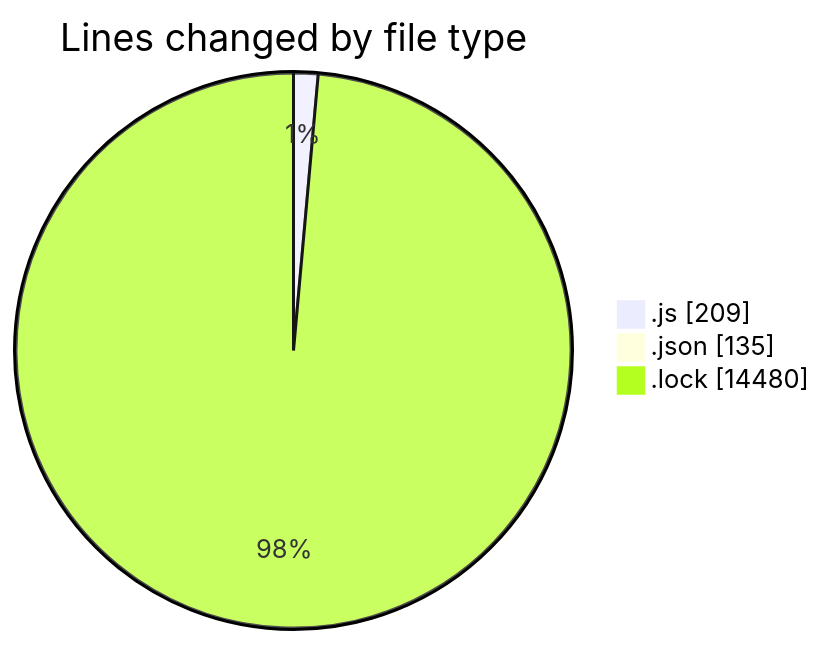
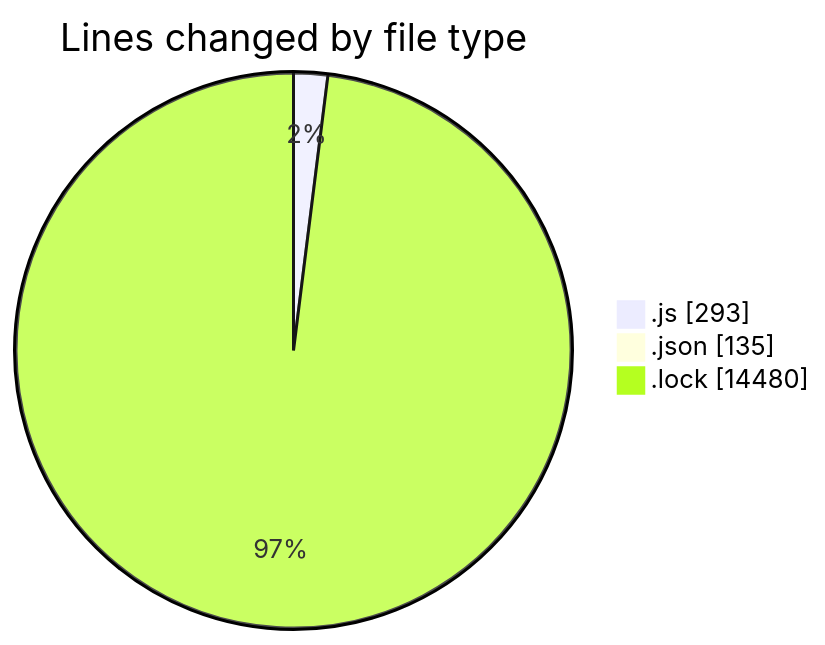
One commit to momahboobian/code-tracking changed the first of 2 diagrams in 2025-12-18/cda/README.md. Above: the diagram before and after it, drawn with Mermaid. The commit also changed other lines of this file and 1 other file, not shown here.

````diff
--- a/2025-12-18/cda/README.md
+++ b/2025-12-18/cda/README.md
@@ -29,7 +30,7 @@
 ```mermaid
 pie showData
 title Lines changed by file type
-".js" : 209
+".js" : 293
 ".json" : 135
 ".lock" : 14480
 ```
````
